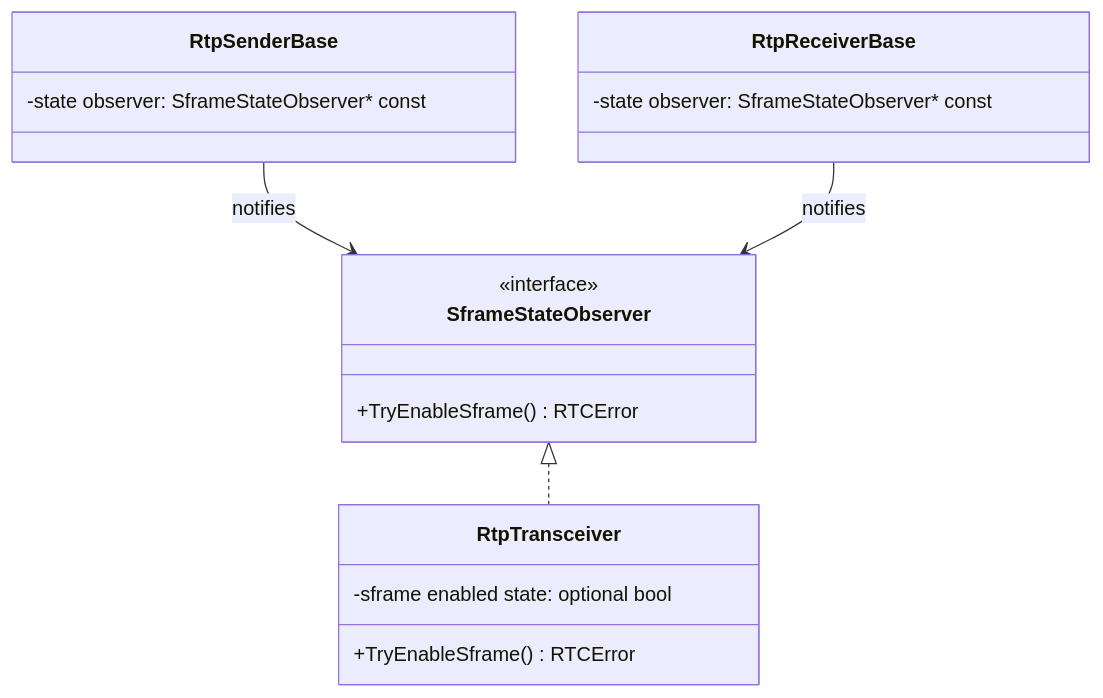
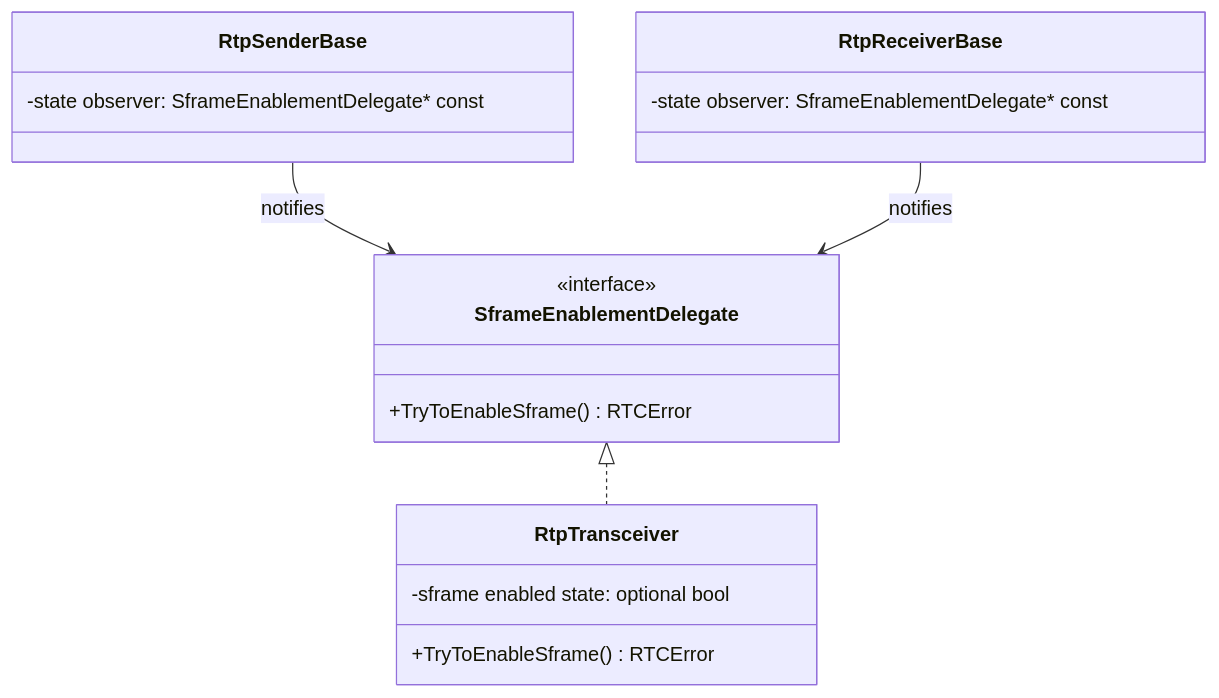
The fourth of 16 diagrams in README.md (webex/webrtc-sframe), drawn with Mermaid before and after one commit. The commit also changed other lines of this file and 1 other file, not shown here.

Commit message:
updated diagrams

````diff
--- a/README.md
+++ b/README.md
@@ -156,24 +158,24 @@
 ```mermaid
 classDiagram
-    class SframeStateObserver {
+    class SframeEnablementDelegate {
         <<interface>>
-        +TryEnableSframe() RTCError
+        +TryToEnableSframe() RTCError
     }
 
     class RtpTransceiver {
         -sframe enabled state: optional bool
-        +TryEnableSframe() RTCError
+        +TryToEnableSframe() RTCError
     }
 
     class RtpSenderBase {
-        -state observer: SframeStateObserver* const
+        -state observer: SframeEnablementDelegate* const
     }
 
     class RtpReceiverBase {
-        -state observer: SframeStateObserver* const
+        -state observer: SframeEnablementDelegate* const
     }
 
-    SframeStateObserver <|.. RtpTransceiver
-    RtpSenderBase --> SframeStateObserver : notifies
-    RtpReceiverBase --> SframeStateObserver : notifies
+    SframeEnablementDelegate <|.. RtpTransceiver
+    RtpSenderBase --> SframeEnablementDelegate : notifies
+    RtpReceiverBase --> SframeEnablementDelegate : notifies
 ```
````
